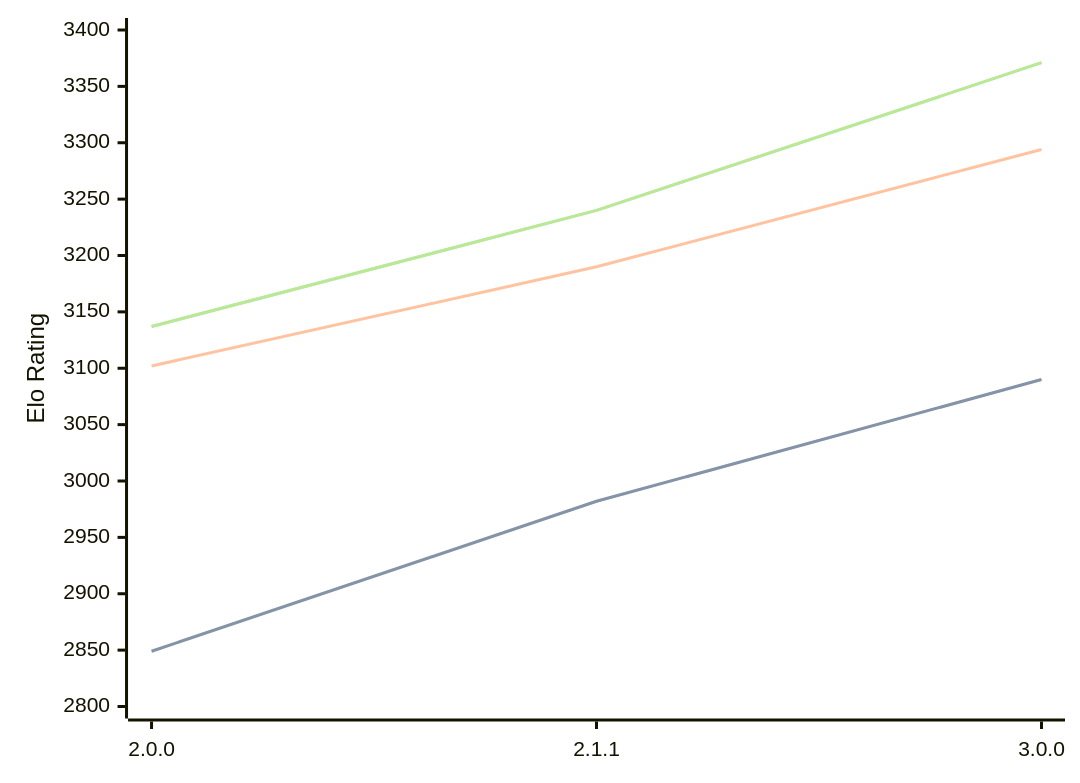
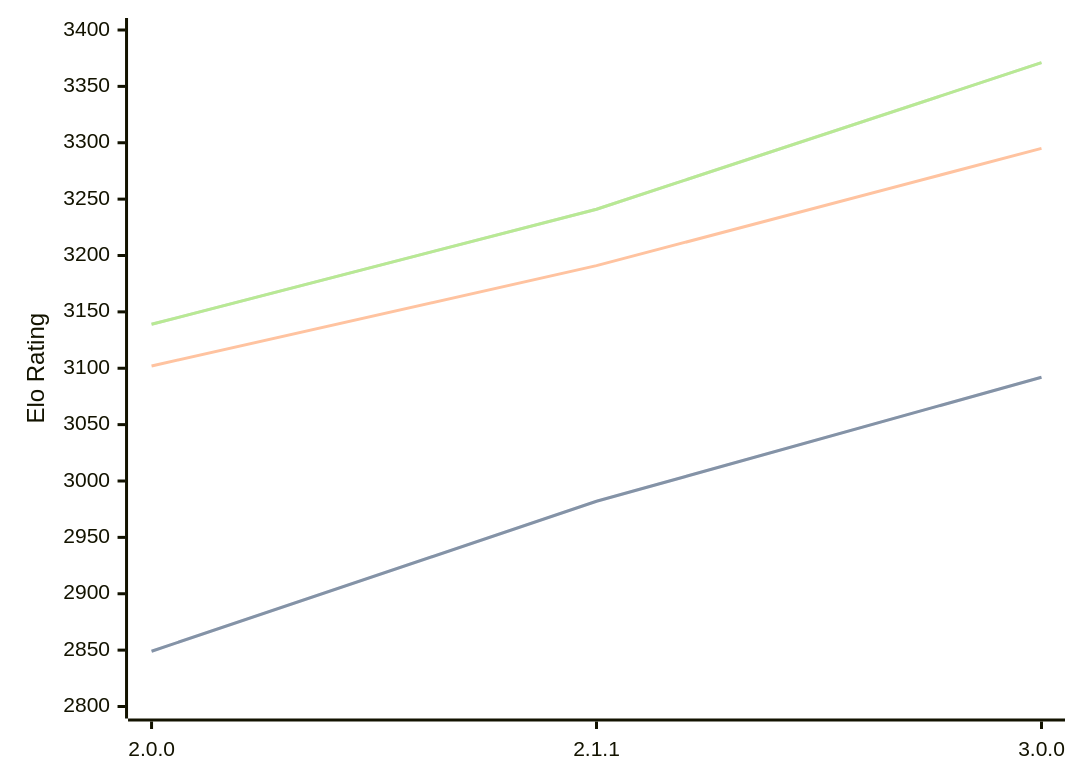
Before and after one commit to computer-chess-index/cci: the third of 3 diagrams in engines/Bread.md, drawn with Mermaid. The commit also changed other lines of this file, not shown here.

Commit message:
Update CCI Ratings (ELO VLTC) - 2026-06-22

````diff
--- a/engines/Bread.md
+++ b/engines/Bread.md
@@ -85,11 +85,11 @@
 ```mermaid
 %%{init: {"theme":"base","themeVariables":{"seriesColors:['#a3a3a3','#222221','#faa371']}}}%%
 xychart-beta
   x-axis ["2.0.0", "2.1.1", "3.0.0"]
   y-axis "Elo Rating" 2800 --> 3400
-  line "STC (8.0+0.08s)" [2849, 2982, 3090]
-  line "STC (8.0+0.08s)" [2849, 2982, 3090]
-  line "LTC (60.0+0.60s)" [3102, 3190, 3294]
-  line "VLTC (2m24s+1.12s)" [3137, 3240, 3371]
-  line "VLTC (2m24s+1.12s)" [3137, 3240, 3371]
+  line "STC (8.0+0.08s)" [2849, 2982, 3092]
+  line "STC (8.0+0.08s)" [2849, 2982, 3092]
+  line "LTC (60.0+0.60s)" [3102, 3191, 3295]
+  line "VLTC (2m24s+1.12s)" [3139, 3241, 3371]
+  line "VLTC (2m24s+1.12s)" [3139, 3241, 3371]
 ```
````
